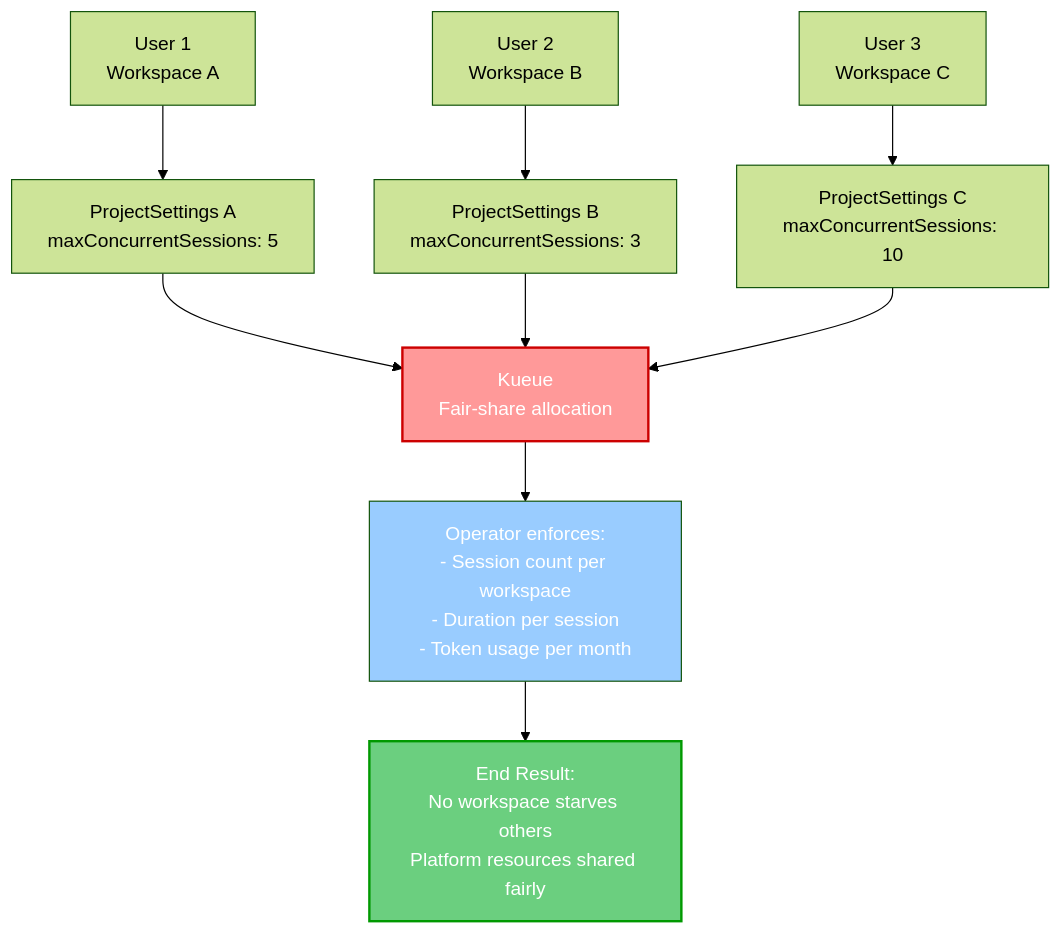
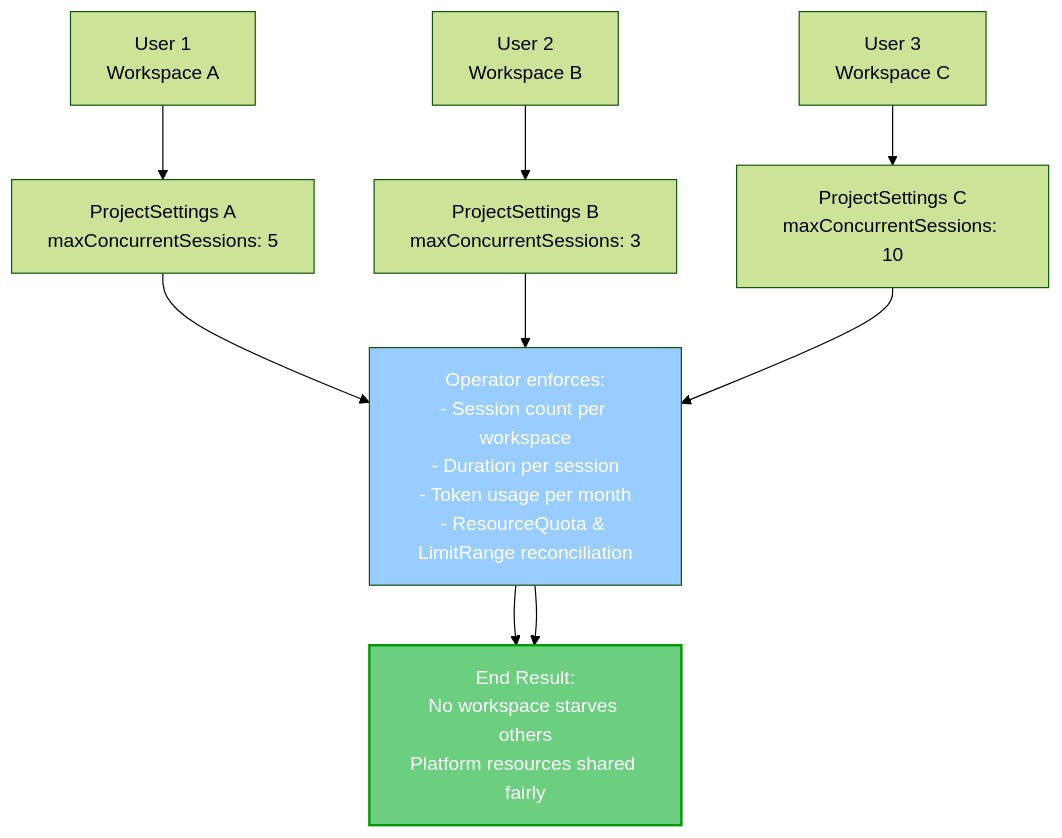
One commit to ambient-code/platform changed the tenth of 13 diagrams in docs/design/ARCHITECTURE_DIAGRAMS.md. Above: the diagram before and after it, drawn with Mermaid (forest theme). The commit also changed other lines of this file and 7 other files, not shown here.

Commit message:
docs: replace Kueue with namespace ResourceQuota/LimitRange across design docs

````diff
--- a/docs/design/ARCHITECTURE_DIAGRAMS.md
+++ b/docs/design/ARCHITECTURE_DIAGRAMS.md
@@ -315,31 +316,28 @@
 ```mermaid
 graph TB
     User1["User 1<br/>Workspace A"]
     User2["User 2<br/>Workspace B"]
     User3["User 3<br/>Workspace C"]
     
     PS1["ProjectSettings A<br/>maxConcurrentSessions: 5"]
     PS2["ProjectSettings B<br/>maxConcurrentSessions: 3"]
     PS3["ProjectSettings C<br/>maxConcurrentSessions: 10"]
     
-    Kueue["Kueue<br/>Fair-share allocation"]
-    
-    Enforce["Operator enforces:<br/>- Session count per workspace<br/>- Duration per session<br/>- Token usage per month"]
+    Enforce["Operator enforces:<br/>- Session count per workspace<br/>- Duration per session<br/>- Token usage per month<br/>- ResourceQuota & LimitRange reconciliation"]
     
     Result["End Result:<br/>No workspace starves others<br/>Platform resources shared fairly"]
     
     User1 --> PS1
     User2 --> PS2
     User3 --> PS3
     
-    PS1 --> Kueue
-    PS2 --> Kueue
-    PS3 --> Kueue
+    PS1 --> Enforce
+    PS2 --> Enforce
+    PS3 --> Enforce
     
-    Kueue --> Enforce
+    Enforce --> Result
     Enforce --> Result
     
-    style Kueue fill:#ff9999,color:#fff,stroke:#c00,stroke-width:2px
     style Enforce fill:#99ccff,color:#fff
     style Result fill:#6bcf7f,color:#fff,stroke:#090,stroke-width:2px
 ```
````
